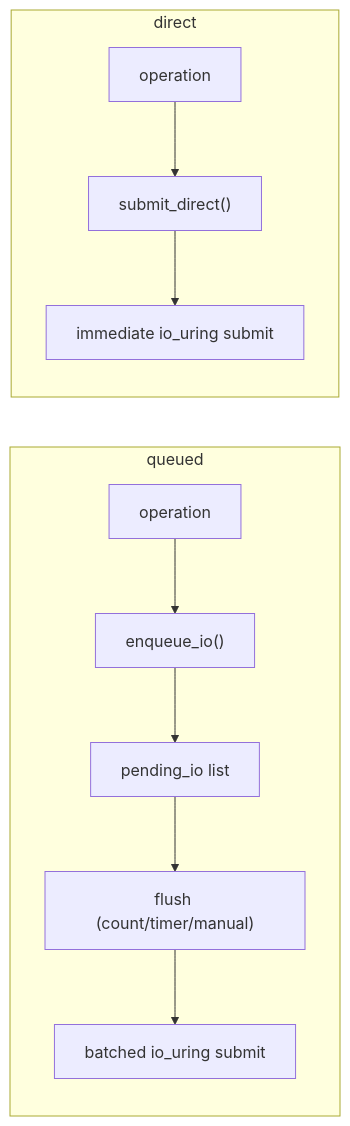
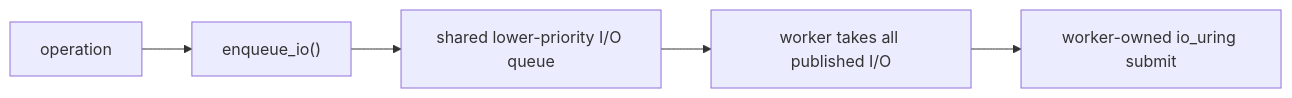
The first of 3 diagrams in docs/design/architecture/io-context-layer.md (haomingbai/bnio), drawn with Mermaid before and after one commit. The commit also changed other lines of this file and 73 other files, not shown here.

Commit message:
refrator: remove the timer in submission roll Remove the timer in  io_context Make io_uring context fetch the operations positively Remove the `direct` in interfaces

````diff
--- a/docs/design/architecture/io-context-layer.md
+++ b/docs/design/architecture/io-context-layer.md
@@ -33,14 +33,7 @@
 ```mermaid
 graph LR
-    subgraph Q["queued"]
-        Q1["operation"] --> Q2["enqueue_io()"]
-        Q2 --> Q3["pending_io list"]
-        Q3 --> Q4["flush (count/timer/manual)"]
-        Q4 --> Q5["batched io_uring submit"]
-    end
-
-    subgraph D["direct"]
-        D1["operation"] --> D2["submit_direct()"]
-        D2 --> D3["immediate io_uring submit"]
-    end
+    I["operation"] --> E["enqueue_io()"]
+    E --> Q["shared lower-priority I/O queue"]
+    Q --> W["worker takes all published I/O"]
+    W --> U["worker-owned io_uring submit"]
 ```
````
